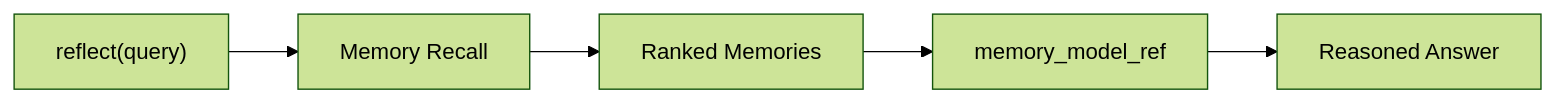
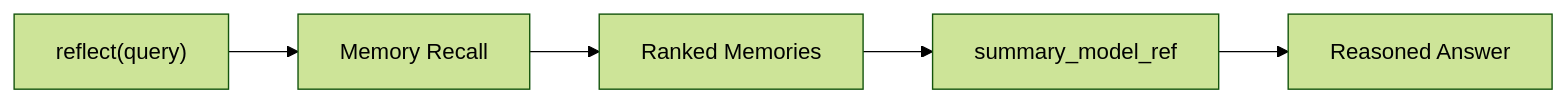
The third of 3 diagrams in docs/architecture/knowledge-memory/agent-memory-runtime.md (LunaDeerTech/agenteam), drawn with Mermaid (forest theme) before and after one commit. The commit also changed other lines of this file and 13 other files, not shown here.

Commit message:
docs: define one summary model across memory and meetings

```diff
--- a/docs/architecture/knowledge-memory/agent-memory-runtime.md
+++ b/docs/architecture/knowledge-memory/agent-memory-runtime.md
@@ -572,13 +573,13 @@
 ~~~mermaid
 flowchart LR
     Query["reflect(query)"]
     Recall["Memory Recall"]
     Context["Ranked Memories"]
-    Model["memory_model_ref"]
+    Model["summary_model_ref"]
     Answer["Reasoned Answer"]
 
     Query --> Recall
     Recall --> Context
     Context --> Model
     Model --> Answer
 ~~~
```
